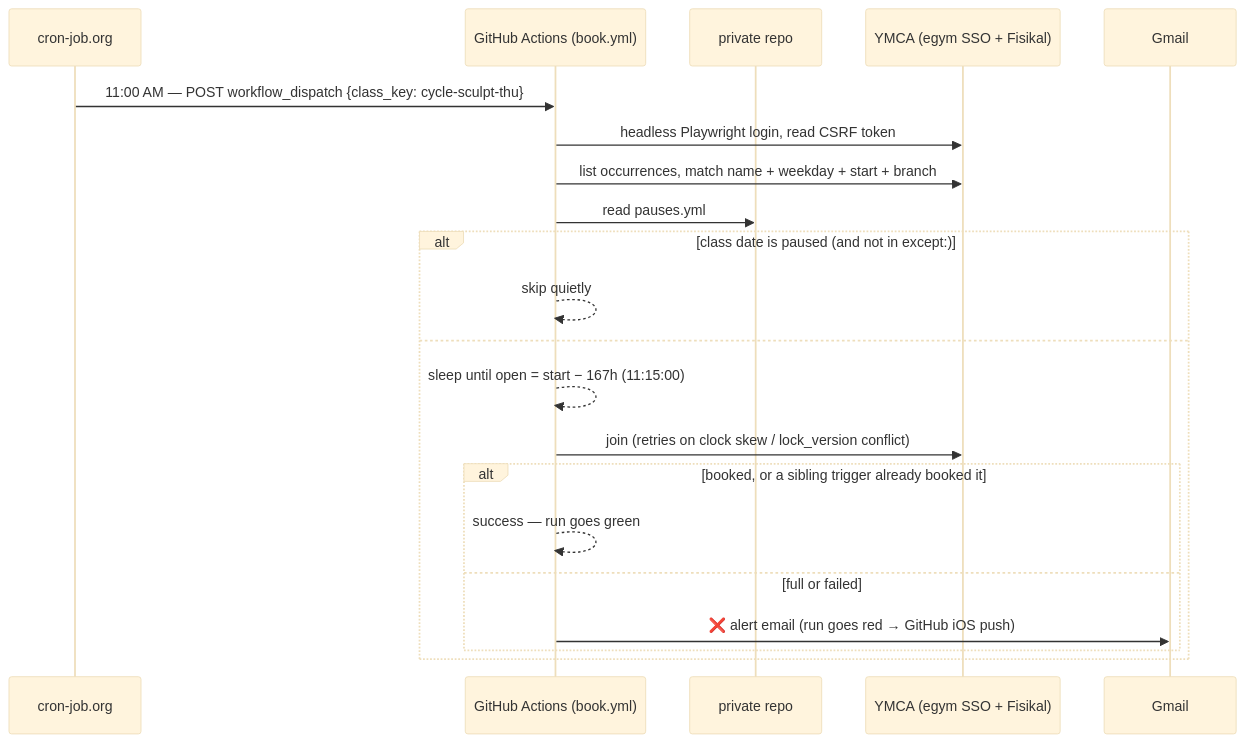
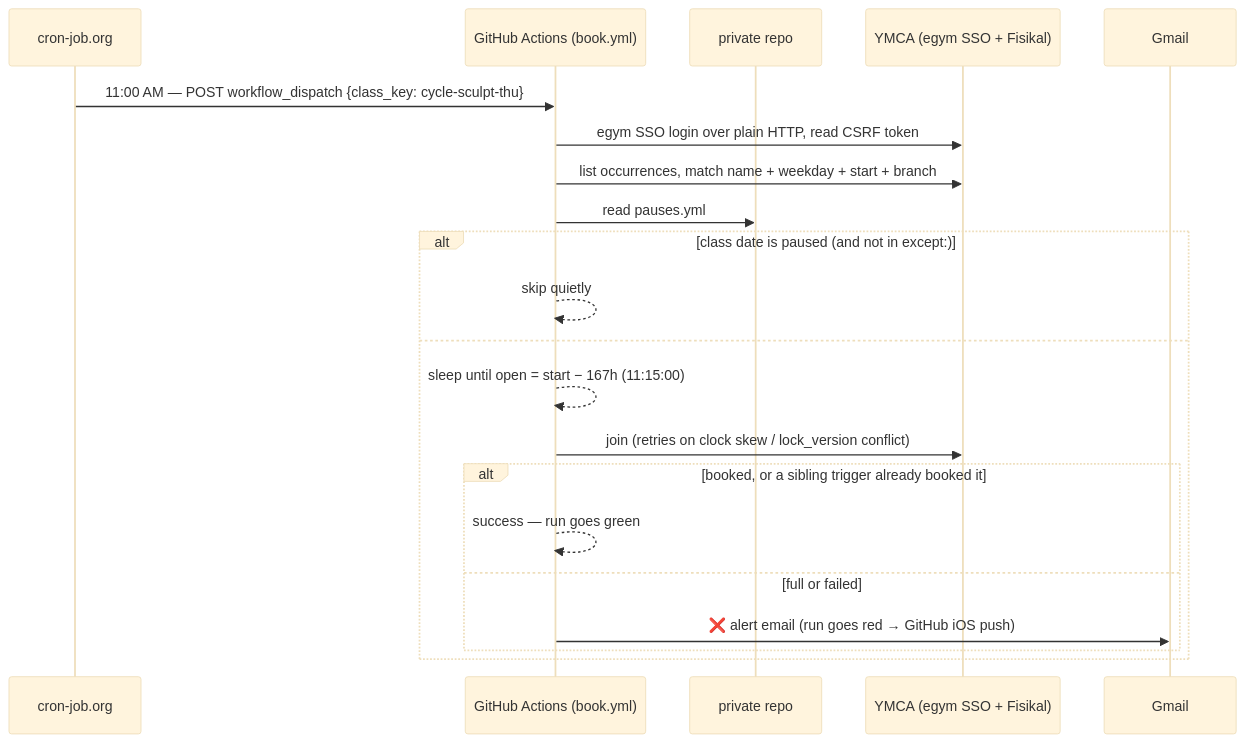
One commit to thomashan1/ymca-autobook changed the second of 2 diagrams in README.md. Above: the diagram before and after it, drawn with Mermaid (base theme). The commit also changed other lines of this file and 18 other files, not shown here.

First line of the commit message:
Log in over plain HTTP; drop the Playwright/Chrome dependency (#141)

````diff
--- a/README.md
+++ b/README.md
@@ -100,24 +100,24 @@
 ```mermaid
 sequenceDiagram
     participant C as cron-job.org
     participant G as GitHub Actions (book.yml)
     participant P as private repo
     participant Y as YMCA (egym SSO + Fisikal)
     participant M as Gmail
 
     C->>G: 11:00 AM — POST workflow_dispatch {class_key: cycle-sculpt-thu}
-    G->>Y: headless Playwright login, read CSRF token
+    G->>Y: egym SSO login over plain HTTP, read CSRF token
     G->>Y: list occurrences, match name + weekday + start + branch
     G->>P: read pauses.yml
     alt class date is paused (and not in except:)
         G-->>G: skip quietly
     else
         G-->>G: sleep until open = start − 167h (11:15:00)
         G->>Y: join (retries on clock skew / lock_version conflict)
         alt booked, or a sibling trigger already booked it
             G-->>G: success — run goes green
         else full or failed
             G->>M: ❌ alert email (run goes red → GitHub iOS push)
         end
     end
 ```
````
